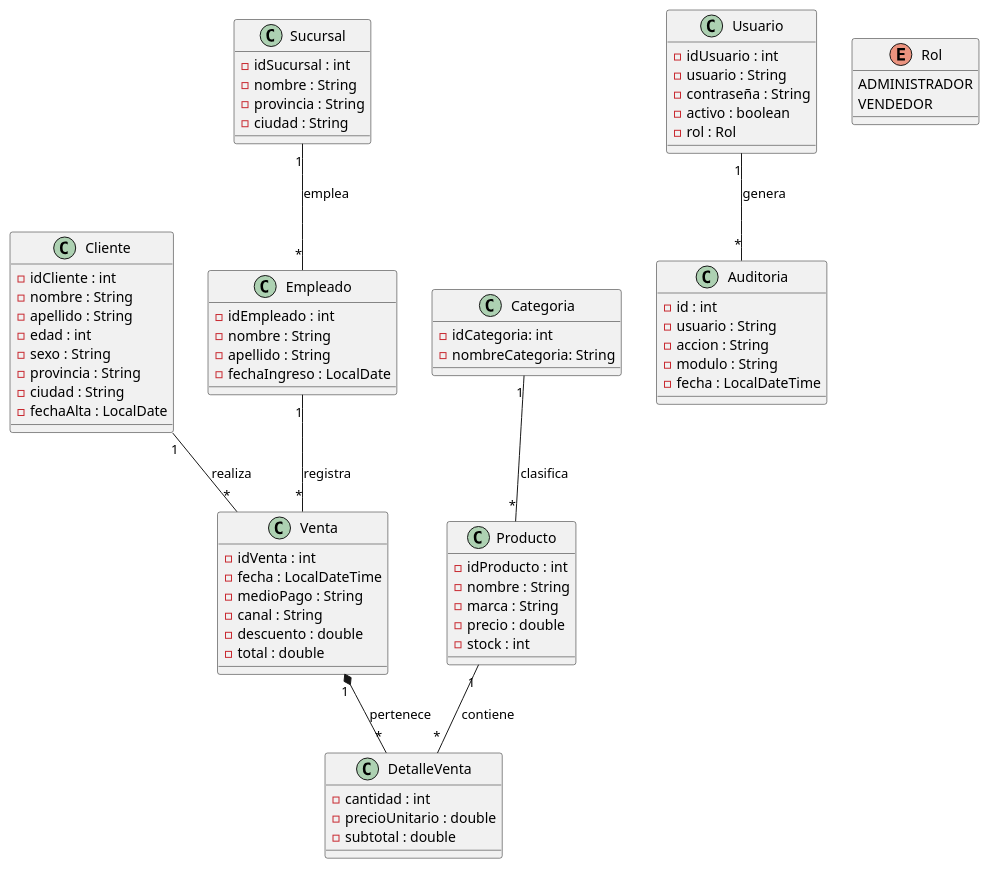
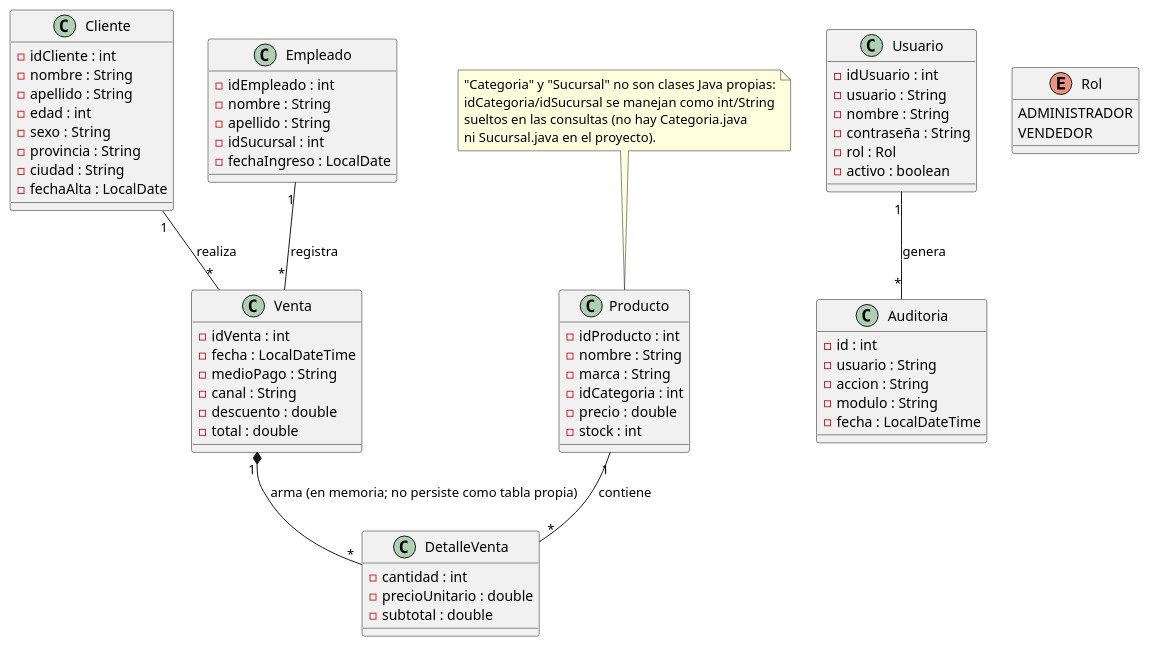
The diagram in docs/uml/diagrama_clases.puml (AgusLuzu2004/Portfolio-Novatech-Solutions), drawn with PlantUML before and after one commit. The commit also changed 19 other files, not shown here.

```diff
--- a/docs/uml/diagrama_clases.puml
+++ b/docs/uml/diagrama_clases.puml
@@ -1,85 +1,81 @@
 @startuml diagrama_clases
 
 class Cliente{
     -idCliente : int
     -nombre : String
     -apellido : String
     -edad : int
     -sexo : String
     -provincia : String
     -ciudad : String
     -fechaAlta : LocalDate
 }
 
 class Producto{
     -idProducto : int
     -nombre : String
     -marca : String
+    -idCategoria : int
     -precio : double
     -stock : int
-}
-
-class Categoria{
-    -idCategoria: int
-    -nombreCategoria: String
 }
 
 class Empleado{
     -idEmpleado : int
     -nombre : String
     -apellido : String
+    -idSucursal : int
     -fechaIngreso : LocalDate
-}
-
-class Sucursal{
-    -idSucursal : int
-    -nombre : String
-    -provincia : String
-    -ciudad : String
 }
 
 class Venta{
     -idVenta : int
     -fecha : LocalDateTime
     -medioPago : String
     -canal : String
     -descuento : double
     -total : double
 }
 
 class DetalleVenta{
     -cantidad : int
     -precioUnitario : double
     -subtotal : double
 }
 
 class Usuario{
     -idUsuario : int
     -usuario : String
+    -nombre : String
     -contraseña : String
+    -rol : Rol
     -activo : boolean
-    -rol : Rol
 }
 
 class Auditoria{
     -id : int
     -usuario : String
     -accion : String
     -modulo : String
     -fecha : LocalDateTime
 }
 
 enum Rol{
     ADMINISTRADOR
     VENDEDOR
 }
 
+note top of Producto
+  "Categoria" y "Sucursal" no son clases Java propias:
+  idCategoria/idSucursal se manejan como int/String
+  sueltos en las consultas (no hay Categoria.java
+  ni Sucursal.java en el proyecto).
+end note
+
 Cliente "1" -- "*" Venta : realiza
 Empleado "1" -- "*" Venta : registra
 Producto "1" -- "*" DetalleVenta : contiene
-Venta "1" *-- "*" DetalleVenta : pertenece
-Categoria "1" -- "*" Producto : clasifica
-Sucursal "1" -- "*" Empleado : emplea
+Venta "1" *-- "*" DetalleVenta : arma (en memoria; no persiste como tabla propia)
 Usuario "1" -- "*" Auditoria : genera
 
 @enduml
```
